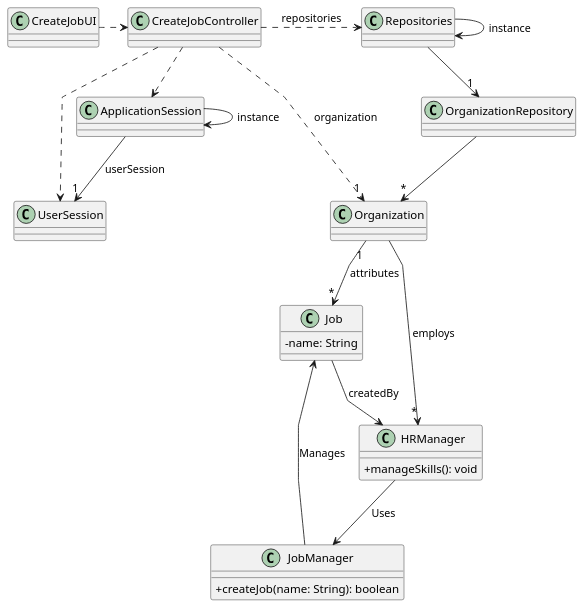
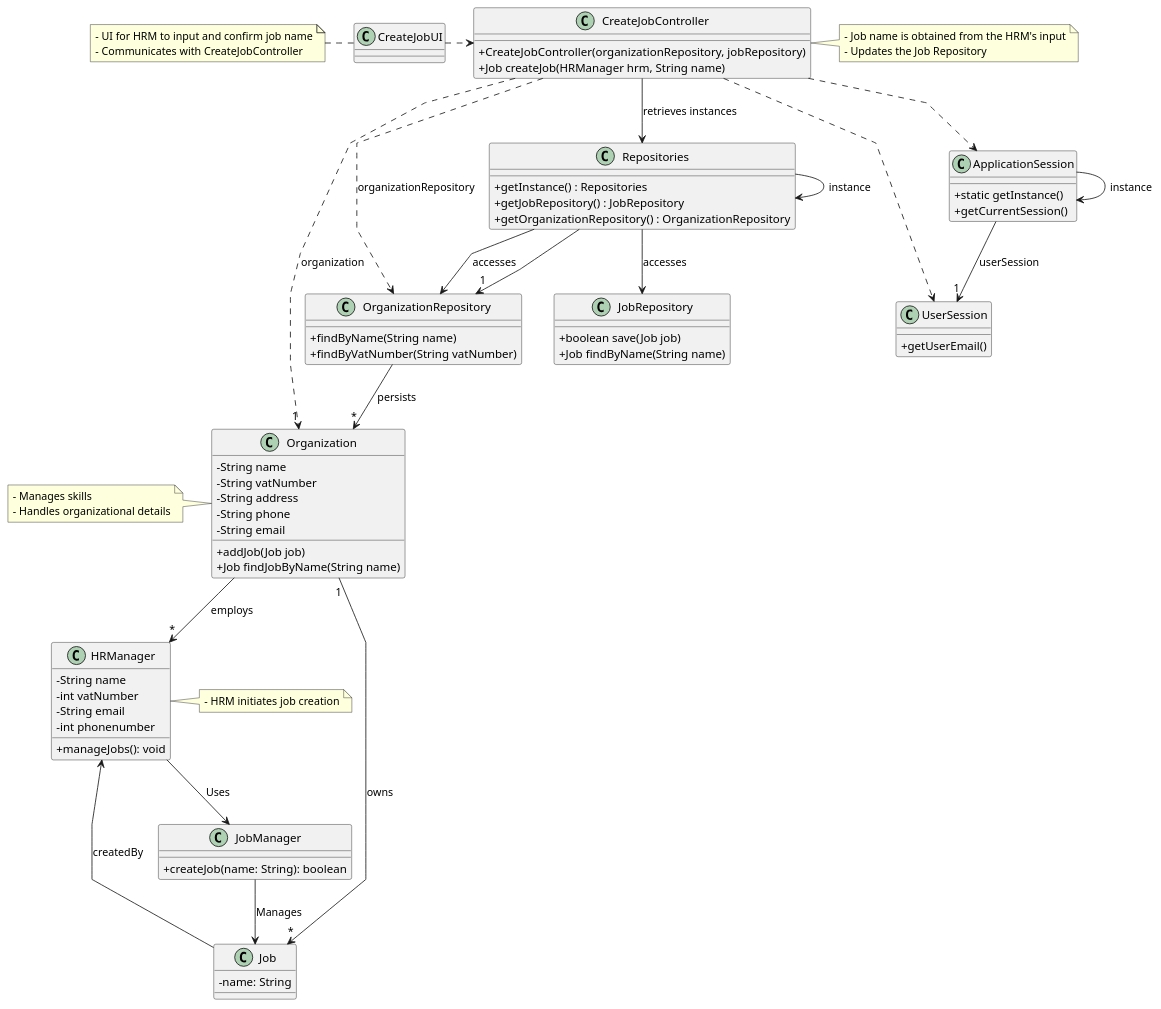
The diagram in docs/sprint2/us002/03.design/puml/us002-class-diagram.puml (tiagosoa/lei-24-s2-1dgh-g073), drawn with PlantUML before and after one commit. The commit also changed 32 other files, not shown here.

Commit message:
US05 Design + Previous US class Diagrams

```diff
--- a/docs/sprint2/us002/03.design/puml/us002-class-diagram.puml
+++ b/docs/sprint2/us002/03.design/puml/us002-class-diagram.puml
@@ -1,48 +1,121 @@
 @startuml
 'skinparam monochrome true
 skinparam packageStyle rectangle
 skinparam shadowing false
 skinparam linetype polyline
 'skinparam linetype orto
 
 skinparam classAttributeIconSize 0
 
 'left to right direction
 
+class ApplicationSession
+{
+    + static getInstance()
+    + getCurrentSession()
+}
+
+class UserSession
+{
+    + getUserEmail()
+}
+
 class Job {
     - name: String
 }
 
 class JobManager {
     + createJob(name: String): boolean
 }
 
+class JobRepository {
+  + boolean save(Job job)
+  + Job findByName(String name)
+}
+
+class Organization {
+  - String name
+  - String vatNumber
+  - String address
+  - String phone
+  - String email
+  + addJob(Job job)
+  + Job findJobByName(String name)
+}
+
+class OrganizationRepository {
+  + findByName(String name)
+  + findByVatNumber(String vatNumber)
+}
+
+class Repositories {
+  + getInstance() : Repositories
+  + getJobRepository() : JobRepository
+  + getOrganizationRepository() : OrganizationRepository
+}
+
+class CreateJobController {
+  + CreateJobController(organizationRepository, jobRepository)
+  + Job createJob(HRManager hrm, String name)
+}
+
+class CreateJobUI {
+
+}
+
 class HRManager {
-    + manageSkills(): void
+   - String name
+   - int vatNumber
+   - String email
+   - int phonenumber
+    + manageJobs(): void
 }
 
 JobManager --> Job: Manages
 HRManager --> JobManager: Uses
 
+note right of CreateJobController
+  - Job name is obtained from the HRM's input
+  - Updates the Job Repository
+end note
+
+note right of HRManager
+  - HRM initiates job creation
+end note
+
+note left of CreateJobUI
+  - UI for HRM to input and confirm job name
+  - Communicates with CreateJobController
+end note
+
+note left of Organization
+  - Manages skills
+  - Handles organizational details
+end note
 
 Repositories -> Repositories : instance
 ApplicationSession -> ApplicationSession : instance
 
 CreateJobUI .> CreateJobController
 
-CreateJobController .> Repositories : repositories
+CreateJobController -down-> Repositories : retrieves instances
+
+Repositories -down-> JobRepository : accesses
+Repositories -down-> OrganizationRepository : accesses
+
+CreateJobController ..> OrganizationRepository : organizationRepository
 
 Repositories --> "1" OrganizationRepository
 
-OrganizationRepository --> "*" Organization
+OrganizationRepository --> "*" Organization : persists
 ApplicationSession --> "1" UserSession : userSession
 
 CreateJobController ..> "1" Organization : organization
 CreateJobController ..> ApplicationSession
 CreateJobController ..> UserSession
-Organization "1" --> "*" Job : attributes
+Organization "1" --> "*" Job : owns
 Job --> HRManager : createdBy
 
 Organization --> "*" HRManager : employs
 
 @enduml
```
